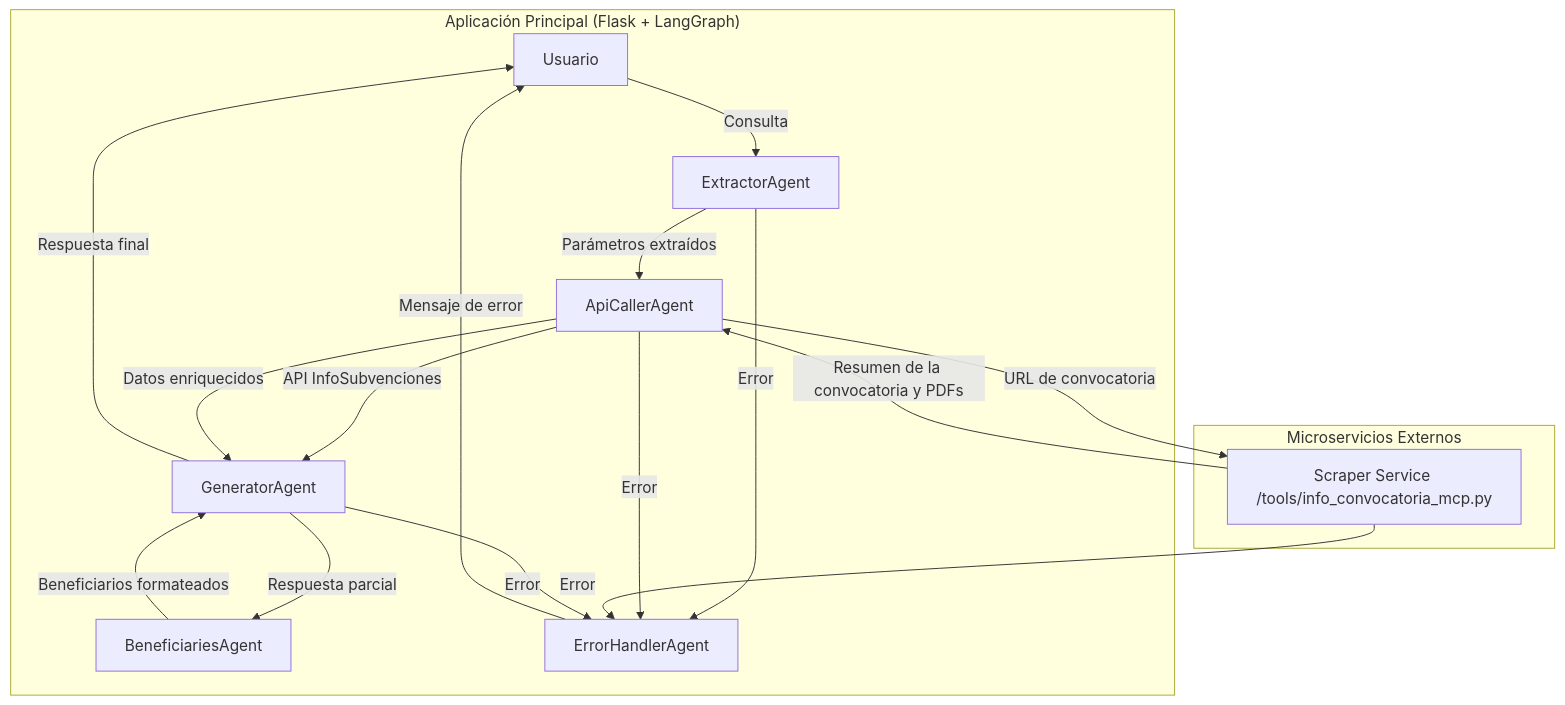
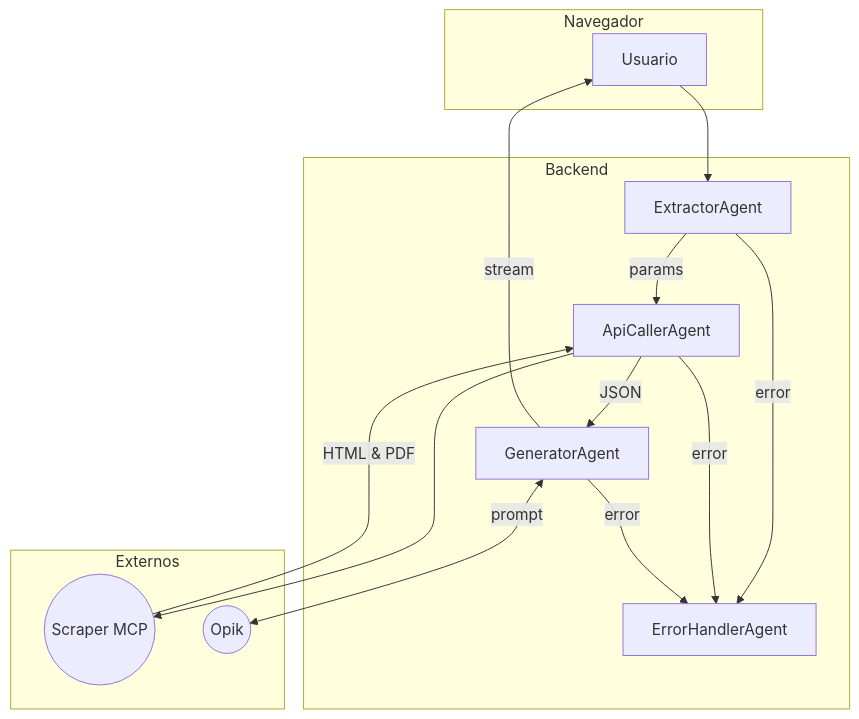
Before and after one commit to albertofh98/orellana: the first of 2 diagrams in README.md, drawn with Mermaid. The commit also changed other lines of this file and 4 other files, not shown here.

````diff
--- a/README.md
+++ b/README.md
@@ -156,32 +114,21 @@
 ```mermaid
-graph TD
-    subgraph "Aplicación Principal (Flask + LangGraph)"
+flowchart TD
+    subgraph Navegador
         U[Usuario]
-        E[ExtractorAgent]
-        A[ApiCallerAgent]
-        G[GeneratorAgent]
-        B[BeneficiariesAgent]
-        H[ErrorHandlerAgent]
     end
-
-    subgraph "Microservicios Externos"
-        MCP[Scraper Service /tools/info_convocatoria_mcp.py]
+    subgraph Backend
+        U --> A[ExtractorAgent]
+        A -->|params| B[ApiCallerAgent]
+        B -->|JSON| C[GeneratorAgent]
+        C -->|stream| U
+        A -->|error| E[ErrorHandlerAgent]
+        B -->|error| E
+        C -->|error| E
     end
-
-    U -->|Consulta| E
-    E -->|Parámetros extraídos| A
-    A -->|URL de convocatoria| MCP
-    A -->|API InfoSubvenciones| G
-    MCP -->|Resumen de la convocatoria y PDFs| A
-    A -->|Datos enriquecidos| G
-    G -->|Respuesta parcial| B
-    B -->|Beneficiarios formateados| G
-    G -->|Respuesta final| U
-
-    %% Rutas de errores
-    E -->|Error| H
-    A -->|Error| H
-    MCP -->|Error| H
-    G -->|Error| H
-    H -->|Mensaje de error| U
+    B --> S((Scraper MCP))
+    subgraph Externos
+        S -->|HTML & PDF| B
+        P((Opik))
+        C <-->|prompt| P
+    end
 ```
````
